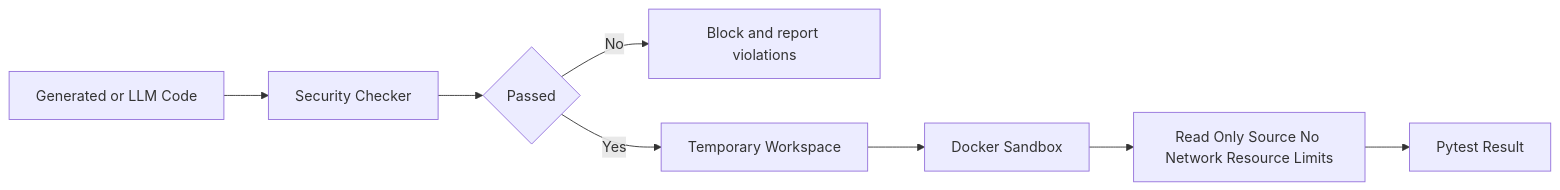
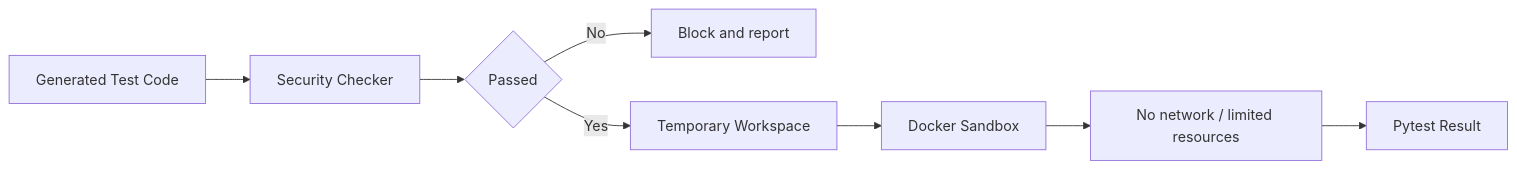
The second of 2 diagrams in docs/architecture.md (Isaacsen/cs599-project), drawn with Mermaid before and after one commit. The commit also changed other lines of this file and 30 other files, not shown here.

````diff
--- a/docs/architecture.md
+++ b/docs/architecture.md
@@ -106,10 +76,10 @@
 ```mermaid
 graph LR
-    A["Generated or LLM Code"] --> B["Security Checker"]
+    A["Generated Test Code"] --> B["Security Checker"]
     B --> C{"Passed"}
-    C -->|No| D["Block and report violations"]
+    C -->|No| D["Block and report"]
     C -->|Yes| E["Temporary Workspace"]
     E --> F["Docker Sandbox"]
-    F --> G["Read Only Source No Network Resource Limits"]
+    F --> G["No network / limited resources"]
     G --> H["Pytest Result"]
 ```
````
